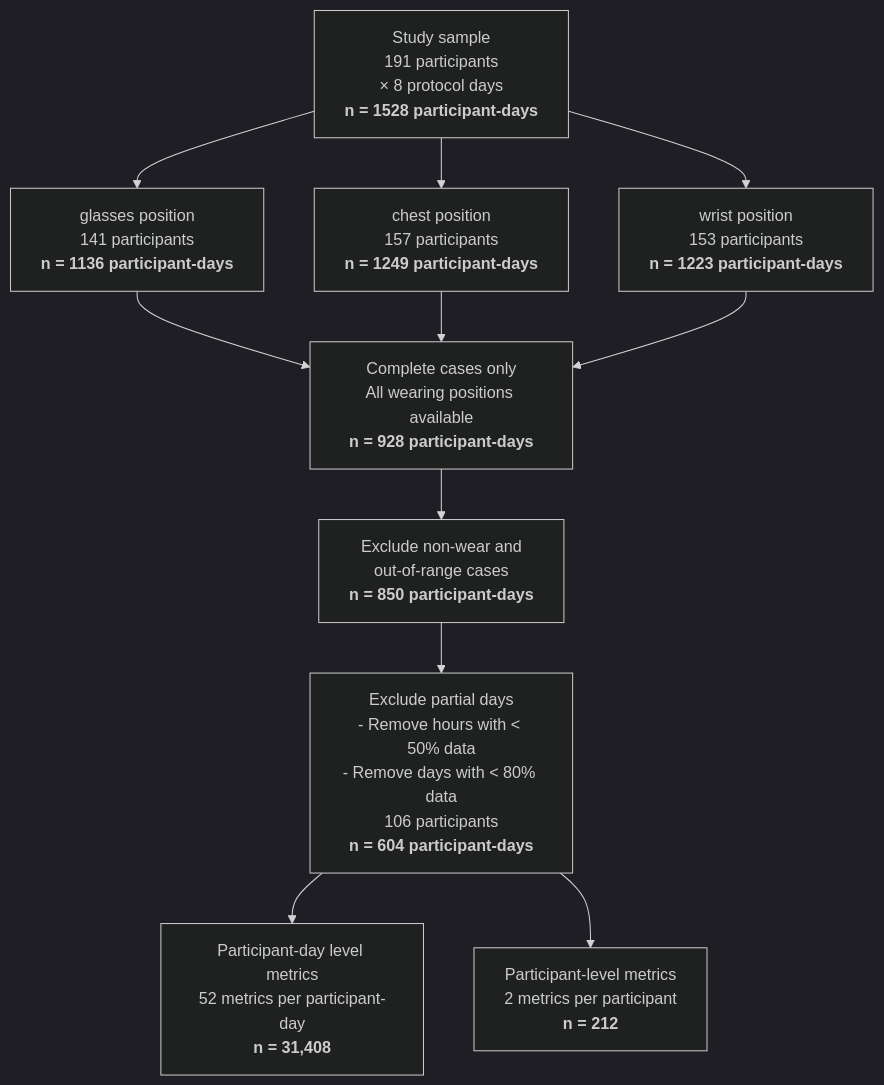
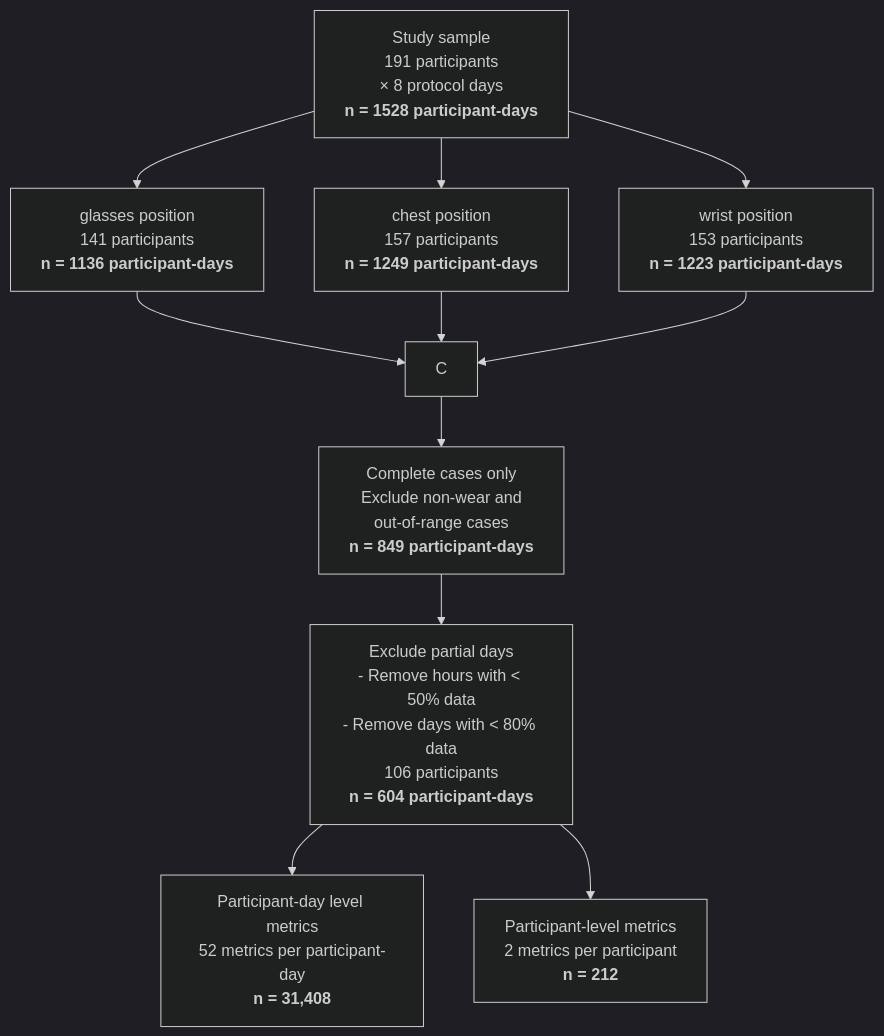
The diagram in notebooks/_metric_flowchart.qmd (tscnlab/ZaunerDeVriesEtAl_bioRxiv_2026), drawn with Mermaid (dark theme) before and after one commit. The commit also changed 19 other files, not shown here.

Commit message:
updated flowchart

````diff
--- a/notebooks/_metric_flowchart.qmd
+++ b/notebooks/_metric_flowchart.qmd
@@ -1,49 +1,47 @@
 ```{mermaid}
 %%| fig-width: 9
 %%| fig-cap: "Sample size from raw data to metrics. Preprocessing steps are detailed in the [preparation script](JZ_metric_preparation.qmd)"
 %%| label: fig-fc_sample
 %%| echo: true
 %%| code-fold: true
 %%{init: {"flowchart": {"diagramPadding": 50}}}%%
 
 flowchart TD
 
     A["Study sample<br/>191 participants<br/>× 8 protocol days<br/><b>n = 1528 participant-days</b>"]
 
     B1["glasses position<br/>141 participants<br/><b>n = 1136 participant-days</b>"]
 
     B2["chest position<br/>157 participants<br/><b>n = 1249 participant-days</b>"]
 
     B3["wrist position<br/>153 participants<br/><b>n = 1223 participant-days</b>"]
 
-    C["Complete cases only<br/>All wearing positions available<br/><b>n = 928 participant-days</b>"]
-
-    D["Exclude non-wear and<br/>out-of-range cases<br/><b>n = 850 participant-days</b>"]
+    D["Complete cases only<br/>Exclude non-wear and<br/>out-of-range cases<br/><b>n = 849 participant-days</b>"]
 
     E["Exclude partial days<br/>- Remove hours with &lt; 50% data<br/>- Remove days with &lt; 80% data<br/>106 participants<br/><b>n = 604 participant-days</b>"]
 
     F1["Participant-day level metrics<br/>52 metrics per participant-day<br/><b>n = 31,408</b>"]
 
     F2["Participant-level metrics<br/>2 metrics per participant<br/><b>n = 212</b>"]
 
     A --> B1
 
     A --> B2
 
     A --> B3
 
     B1 --> C
 
     B2 --> C
 
     B3 --> C
 
     C --> D
 
     D --> E
 
     E --> F1
 
     E --> F2
 
 ```
````
